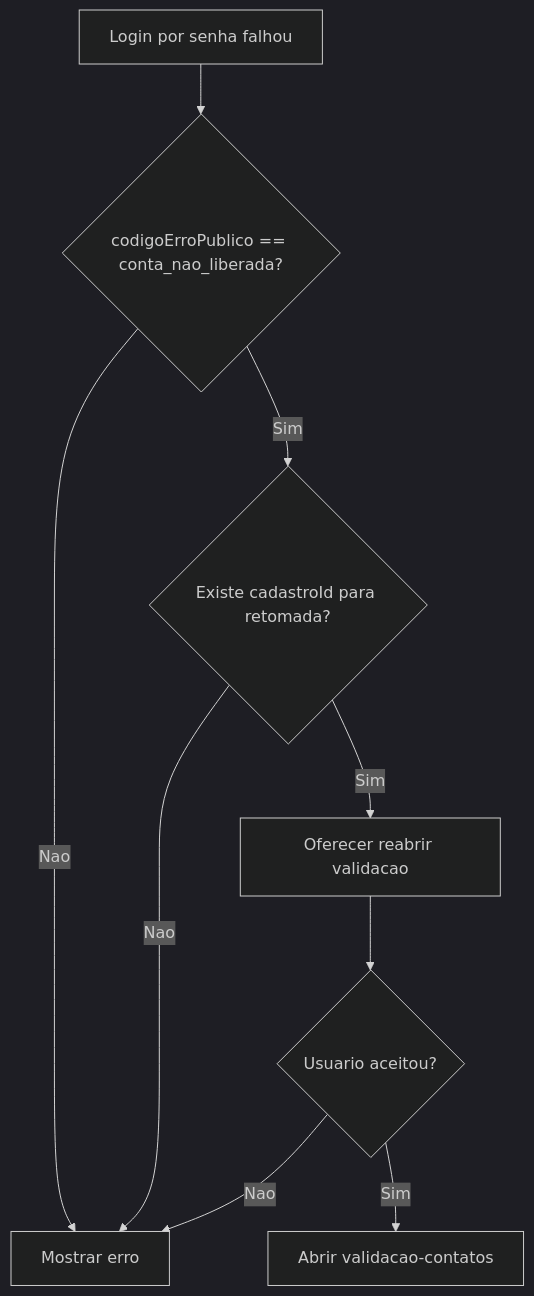
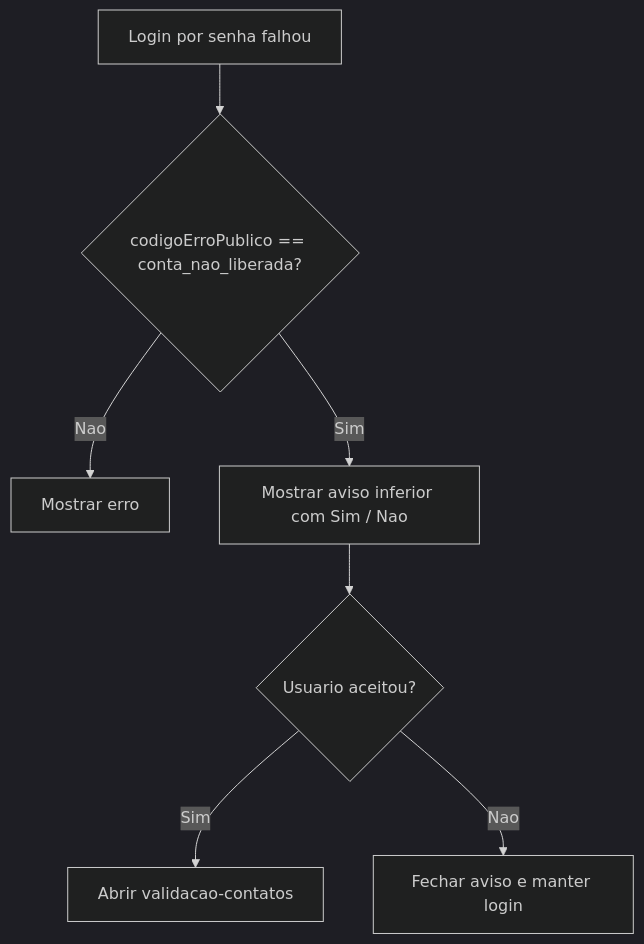
Before and after one commit to pedrosotc/eickrono_autenticacao: the fifth of 11 diagrams in documentacao/guia_fluxos_login_autenticacao_app.md, drawn with Mermaid (dark theme). The commit also changed other lines of this file and 7 other files, not shown here.

````diff
--- a/documentacao/guia_fluxos_login_autenticacao_app.md
+++ b/documentacao/guia_fluxos_login_autenticacao_app.md
@@ -870,11 +872,9 @@
 ```mermaid
 flowchart TD
     A[Login por senha falhou] --> B{codigoErroPublico == conta_nao_liberada?}
     B -- Nao --> C[Mostrar erro]
-    B -- Sim --> D{Existe cadastroId para retomada?}
-    D -- Nao --> C
-    D -- Sim --> E[Oferecer reabrir validacao]
-    E --> F{Usuario aceitou?}
-    F -- Sim --> G[Abrir validacao-contatos]
-    F -- Nao --> C
+    B -- Sim --> D[Mostrar aviso inferior com Sim / Nao]
+    D --> E{Usuario aceitou?}
+    E -- Sim --> F[Abrir validacao-contatos]
+    E -- Nao --> G[Fechar aviso e manter login]
 ```
````
